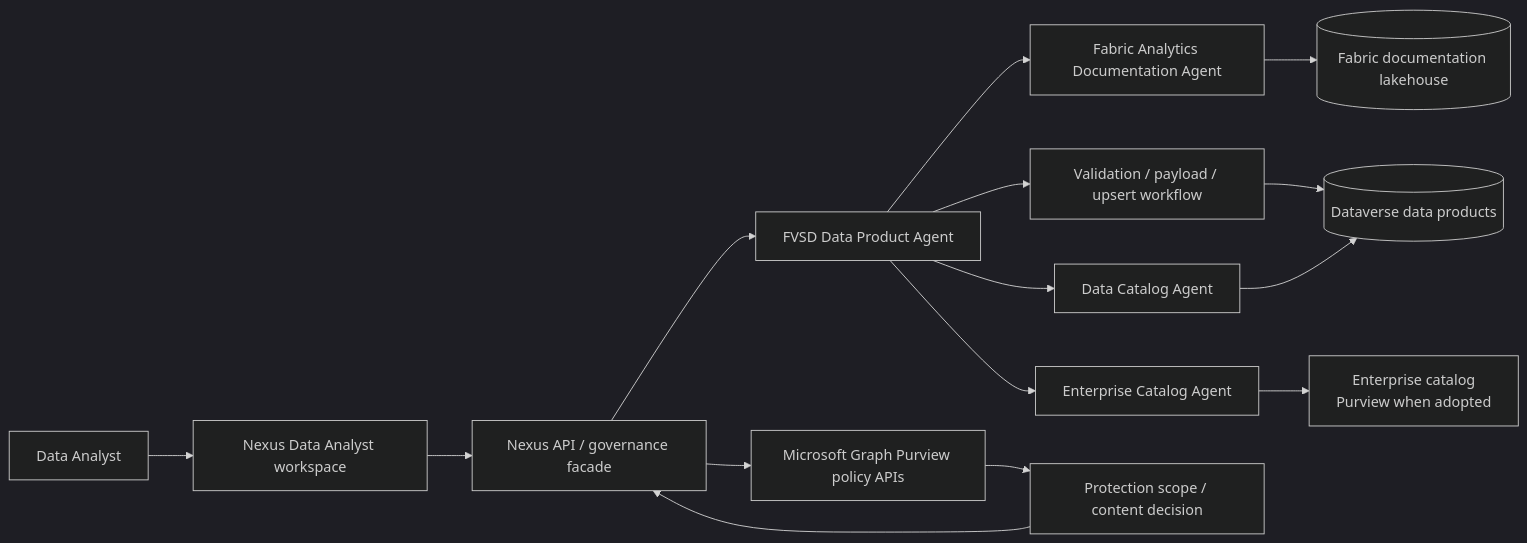
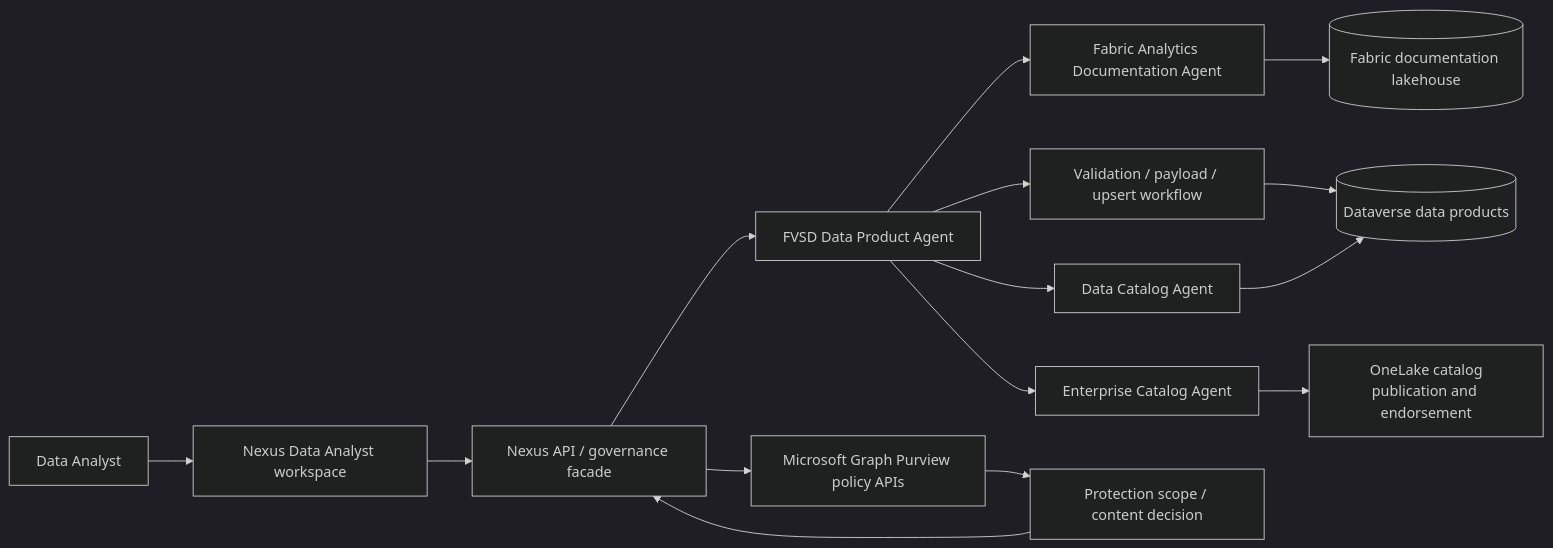
The first of 2 diagrams in docs/architecture/purview-governance.md (skmckenFVSD/FVSD-Nexus), drawn with Mermaid (dark theme) before and after one commit. The commit also changed other lines of this file and 23 other files, not shown here.

First line of the commit message:
Re-anchor governance on the OneLake catalog; Purview becomes protection only

````diff
--- a/docs/architecture/purview-governance.md
+++ b/docs/architecture/purview-governance.md
@@ -25,20 +26,20 @@
 ```mermaid
 flowchart LR
     DA[Data Analyst] --> NX[Nexus Data Analyst workspace]
     NX --> BFF[Nexus API / governance facade]
 
     BFF --> DPA[FVSD Data Product Agent]
     DPA --> DOC[Fabric Analytics Documentation Agent]
     DPA --> REG[Validation / payload / upsert workflow]
     DPA --> CAT[Data Catalog Agent]
     DPA --> ENT[Enterprise Catalog Agent]
 
     DOC --> FAB[(Fabric documentation lakehouse)]
     REG --> DV[(Dataverse data products)]
     CAT --> DV
-    ENT --> PUR[Enterprise catalog<br/>Purview when adopted]
+    ENT --> OLC[OneLake catalog<br/>publication and endorsement]
 
     BFF --> GRAPH[Microsoft Graph Purview policy APIs]
     GRAPH --> POLICY[Protection scope / content decision]
     POLICY --> BFF
 ```
````
